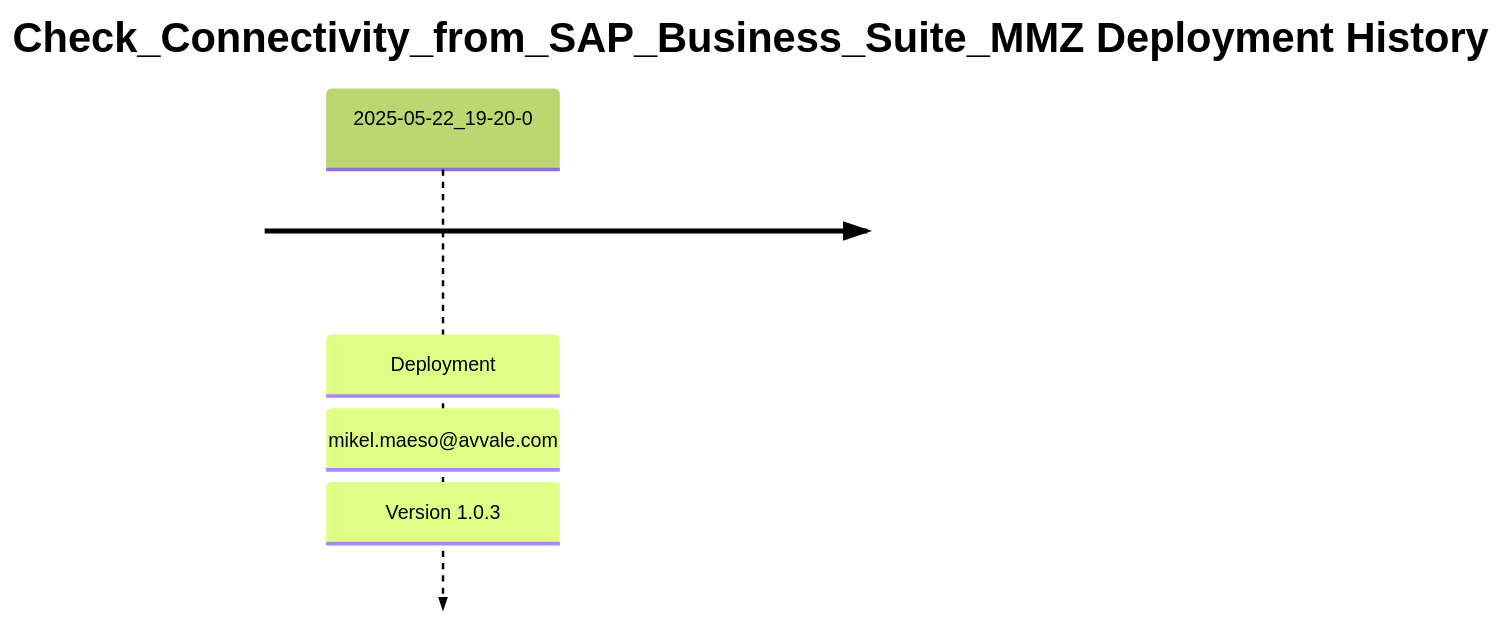
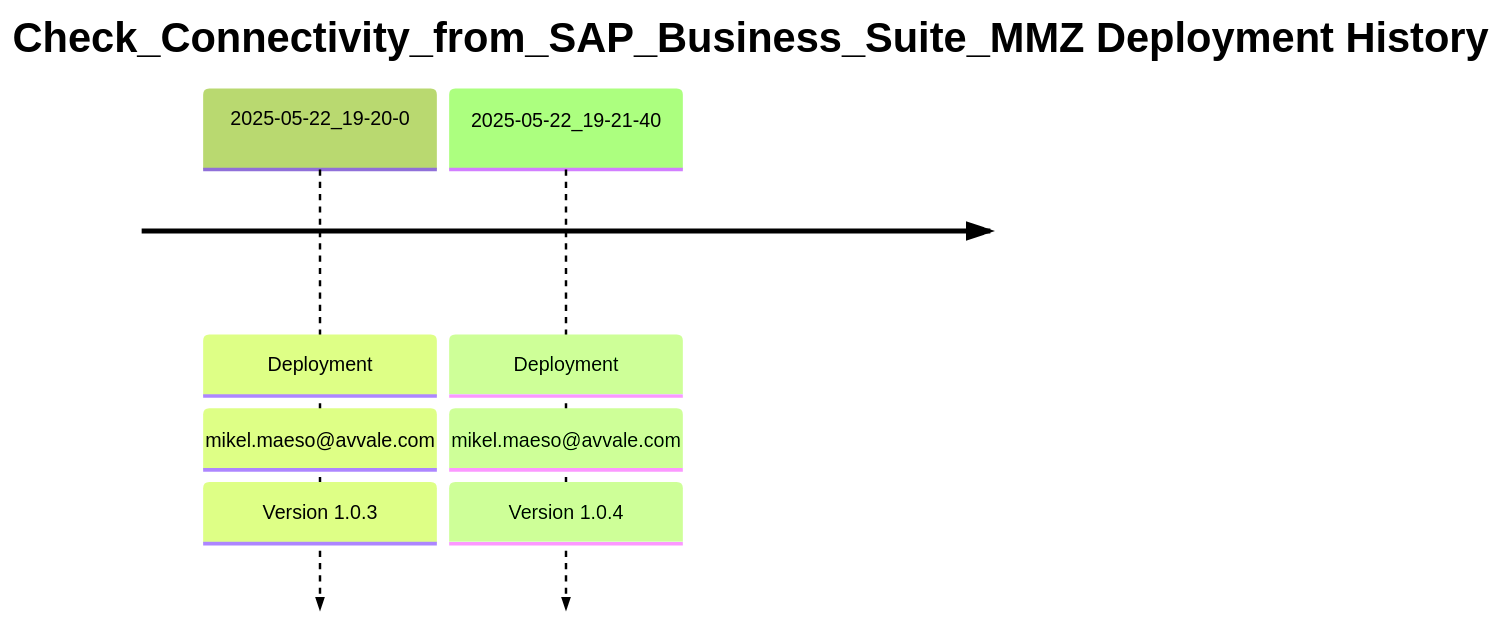
Before and after one commit to Avvale-IA-CICD/AvvaleCPI: the diagram in MMZ - Cell Iflows/Check_Connectivity_from_SAP_Business_Suite_MMZ/README.md, drawn with Mermaid. The commit also changed other lines of this file, not shown here.

Commit message:
docs: Update master README for MMZ - Cell Iflows/Check_Connectivity_from_SAP_Business_Suite_MMZ (v 1.0.4)

````diff
--- a/MMZ - Cell Iflows/Check_Connectivity_from_SAP_Business_Suite_MMZ/README.md
+++ b/MMZ - Cell Iflows/Check_Connectivity_from_SAP_Business_Suite_MMZ/README.md
@@ -7,6 +7,7 @@
 ```mermaid
 %%{init: { 'logLevel': 'debug', 'theme': 'forest' } }%%
 timeline
     title Check_Connectivity_from_SAP_Business_Suite_MMZ Deployment History
     2025-05-22_19-20-0 : Deployment : mikel.maeso@avvale.com : Version 1.0.3
+    2025-05-22_19-21-40 : Deployment : mikel.maeso@avvale.com : Version 1.0.4
 ```
````
